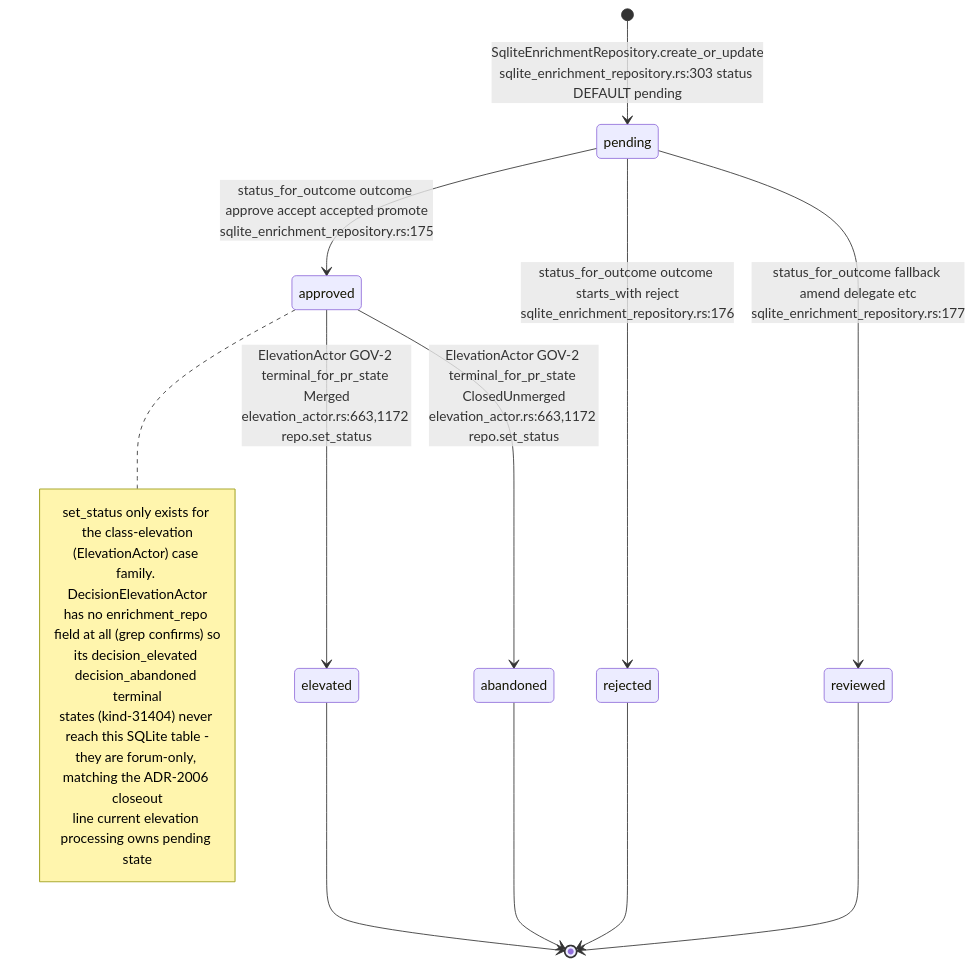
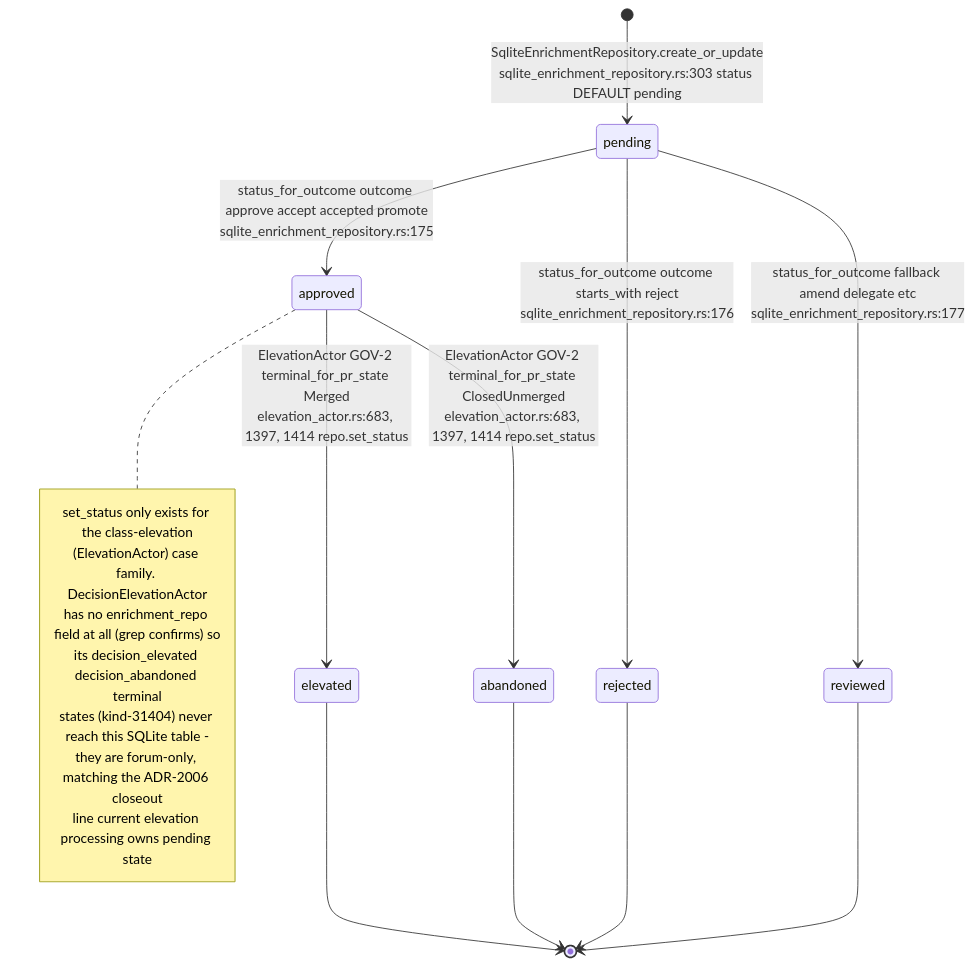
Before and after one commit to DreamLab-AI/VisionFlow: the first of 11 diagrams in docs/diagrams/visionclaw/24-acsp-decision-elevation.md, drawn with Mermaid. The commit also changed other lines of this file and 32 other files, not shown here.

````diff
--- a/docs/diagrams/visionclaw/24-acsp-decision-elevation.md
+++ b/docs/diagrams/visionclaw/24-acsp-decision-elevation.md
@@ -41,22 +43,22 @@
 ```mermaid
 stateDiagram-v2
     [*] --> pending: SqliteEnrichmentRepository.create_or_update<br/>sqlite_enrichment_repository.rs:303 status DEFAULT pending
     pending --> approved: status_for_outcome outcome approve accept accepted promote<br/>sqlite_enrichment_repository.rs:175
     pending --> rejected: status_for_outcome outcome starts_with reject<br/>sqlite_enrichment_repository.rs:176
     pending --> reviewed: status_for_outcome fallback amend delegate etc<br/>sqlite_enrichment_repository.rs:177
-    approved --> elevated: ElevationActor GOV-2 terminal_for_pr_state Merged<br/>elevation_actor.rs:663,1172 repo.set_status
-    approved --> abandoned: ElevationActor GOV-2 terminal_for_pr_state ClosedUnmerged<br/>elevation_actor.rs:663,1172 repo.set_status
+    approved --> elevated: ElevationActor GOV-2 terminal_for_pr_state Merged<br/>elevation_actor.rs:683, 1397, 1414 repo.set_status
+    approved --> abandoned: ElevationActor GOV-2 terminal_for_pr_state ClosedUnmerged<br/>elevation_actor.rs:683, 1397, 1414 repo.set_status
     elevated --> [*]
     abandoned --> [*]
     rejected --> [*]
     reviewed --> [*]
     note right of approved
       set_status only exists for the class-elevation
       (ElevationActor) case family. DecisionElevationActor
       has no enrichment_repo field at all (grep confirms) so
       its decision_elevated decision_abandoned terminal
       states (kind-31404) never reach this SQLite table -
       they are forum-only, matching the ADR-2006 closeout
       line current elevation processing owns pending state
     end note
 ```
````
